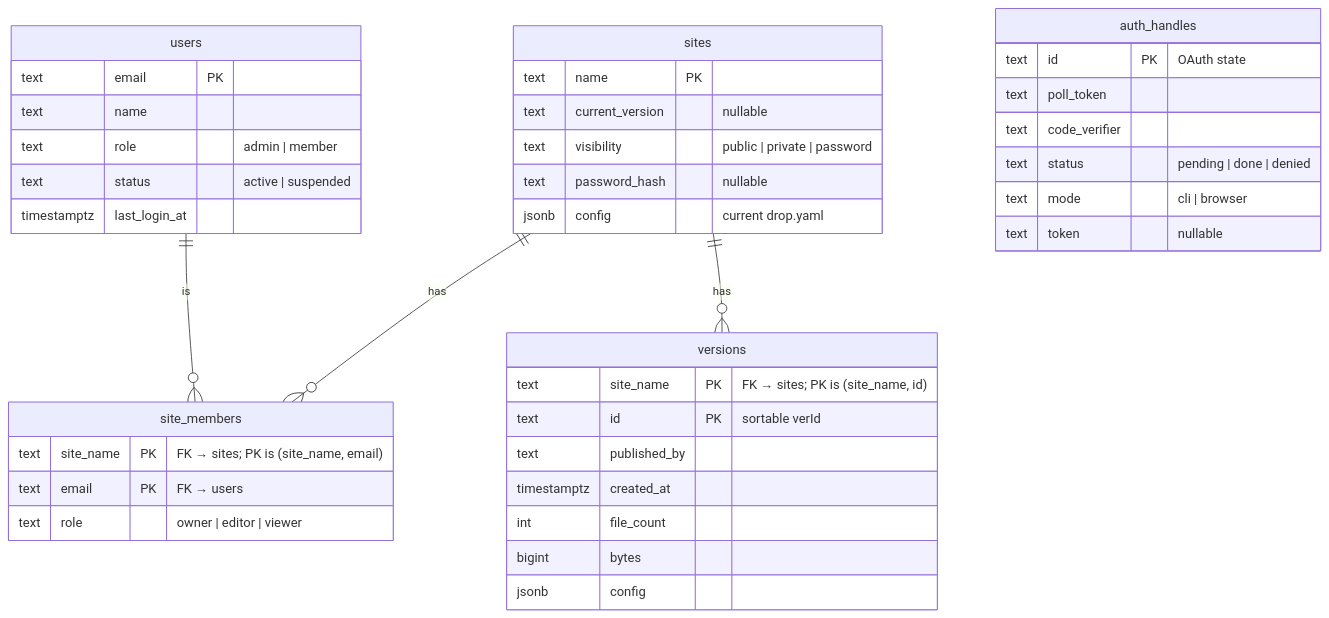
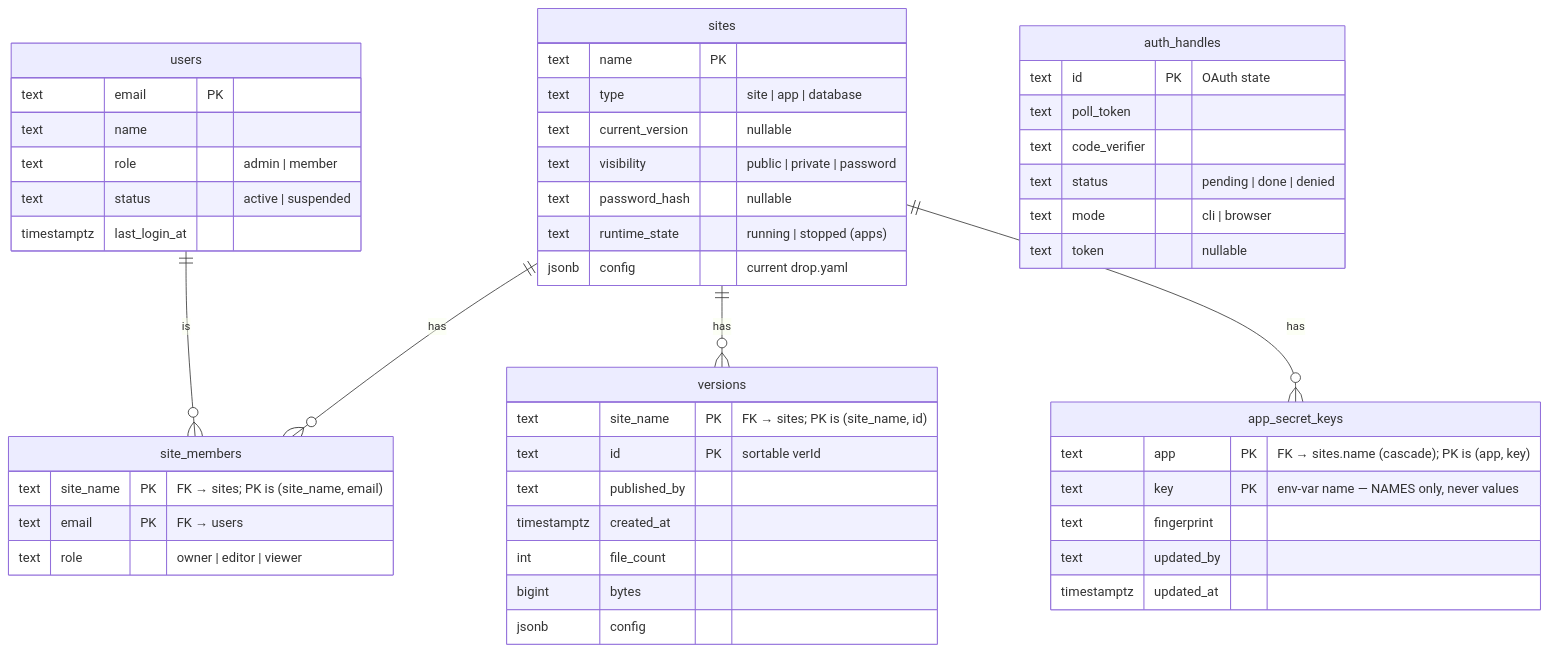
Before and after one commit to abhirathore2006/drop: the fourth of 7 diagrams in docs/ARCHITECTURE.md, drawn with Mermaid. The commit also changed other lines of this file and 4 other files, not shown here.

````diff
--- a/docs/ARCHITECTURE.md
+++ b/docs/ARCHITECTURE.md
@@ -150,43 +150,53 @@
 ```mermaid
 erDiagram
     users ||--o{ site_members : "is"
     sites ||--o{ site_members : "has"
     sites ||--o{ versions : "has"
+    sites ||--o{ app_secret_keys : "has"
 
     users {
         text email PK
         text name
         text role "admin | member"
         text status "active | suspended"
         timestamptz last_login_at
     }
     sites {
         text name PK
+        text type "site | app | database"
         text current_version "nullable"
         text visibility "public | private | password"
         text password_hash "nullable"
+        text runtime_state "running | stopped (apps)"
         jsonb config "current drop.yaml"
+    }
+    app_secret_keys {
+        text app PK "FK → sites.name (cascade); PK is (app, key)"
+        text key PK "env-var name — NAMES only, never values"
+        text fingerprint
+        text updated_by
+        timestamptz updated_at
     }
     site_members {
         text site_name PK "FK → sites; PK is (site_name, email)"
         text email PK "FK → users"
         text role "owner | editor | viewer"
     }
     versions {
         text site_name PK "FK → sites; PK is (site_name, id)"
         text id PK "sortable verId"
         text published_by
         timestamptz created_at
         int file_count
         bigint bytes
         jsonb config
     }
     auth_handles {
         text id PK "OAuth state"
         text poll_token
         text code_verifier
         text status "pending | done | denied"
         text mode "cli | browser"
         text token "nullable"
     }
 ```
````
